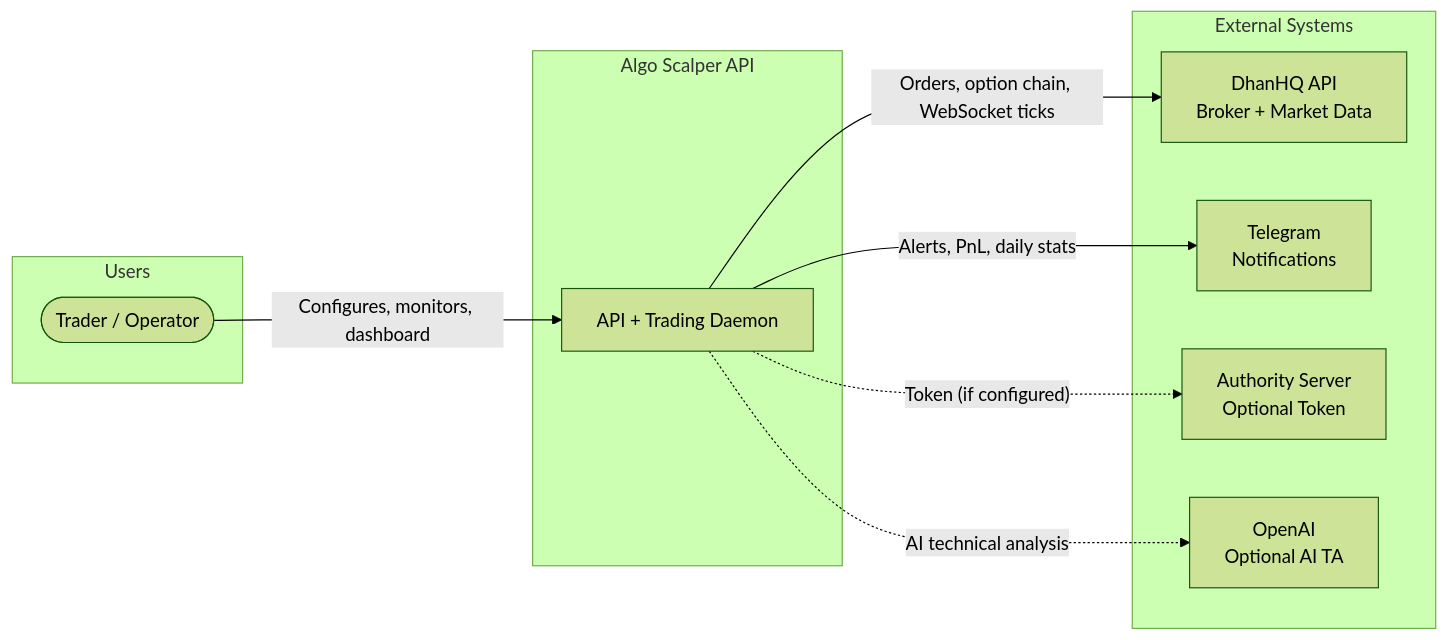
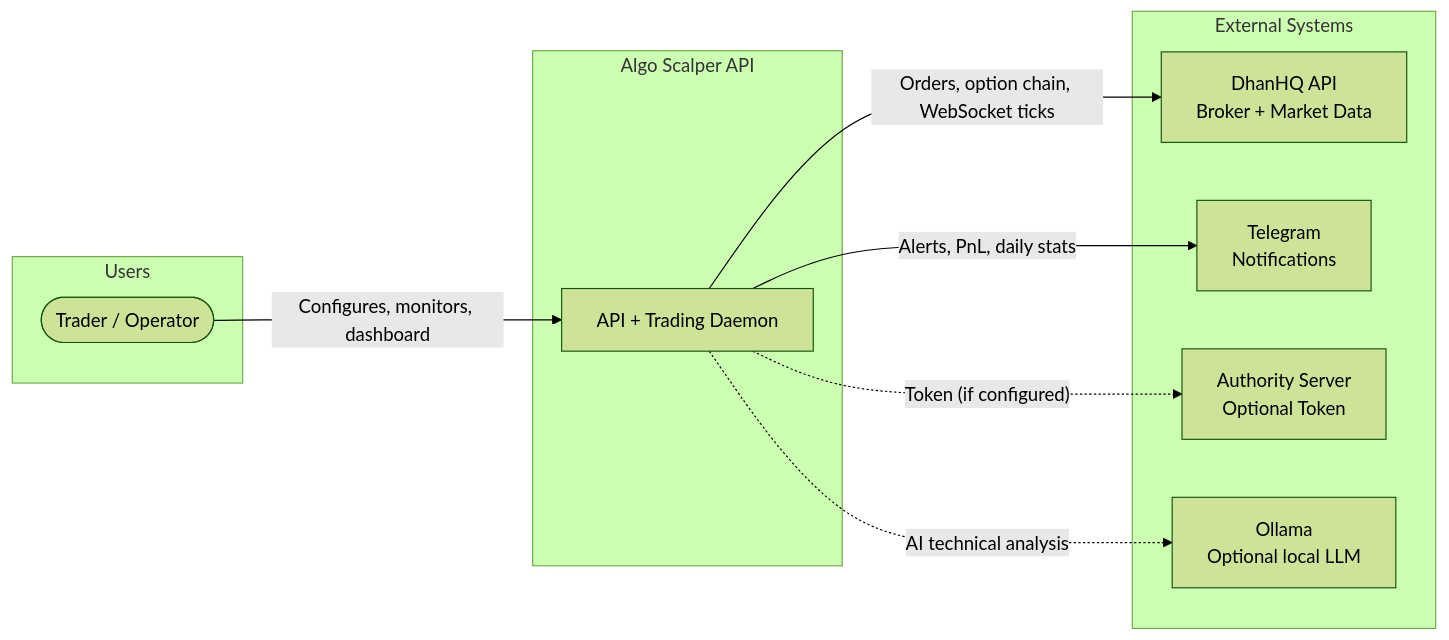
The first of 9 diagrams in docs/architecture/diagrams/complete-system-diagrams.md (shubhamtaywade82/algo_scalper_api), drawn with Mermaid (forest theme) before and after one commit. The commit also changed other lines of this file and 36 other files, not shown here.

First line of the commit message:
feat: integrate Ollama for AI analysis and enhance SMC confluence features

````diff
--- a/docs/architecture/diagrams/complete-system-diagrams.md
+++ b/docs/architecture/diagrams/complete-system-diagrams.md
@@ -11,23 +11,23 @@
 ```mermaid
 flowchart LR
     subgraph Users
         Trader([Trader / Operator])
     end
 
     subgraph AlgoScalper["Algo Scalper API"]
         API[API + Trading Daemon]
     end
 
     subgraph External["External Systems"]
         DhanHQ[DhanHQ API<br/>Broker + Market Data]
         Telegram[Telegram<br/>Notifications]
         Authority[Authority Server<br/>Optional Token]
-        OpenAI[OpenAI<br/>Optional AI TA]
+        Ollama[Ollama<br/>Optional local LLM]
     end
 
     Trader -->|"Configures, monitors, dashboard"| API
     API -->|"Orders, option chain, WebSocket ticks"| DhanHQ
     API -->|"Alerts, PnL, daily stats"| Telegram
     API -.->|"Token (if configured)"| Authority
-    API -.->|"AI technical analysis"| OpenAI
+    API -.->|"AI technical analysis"| Ollama
 ```
````
